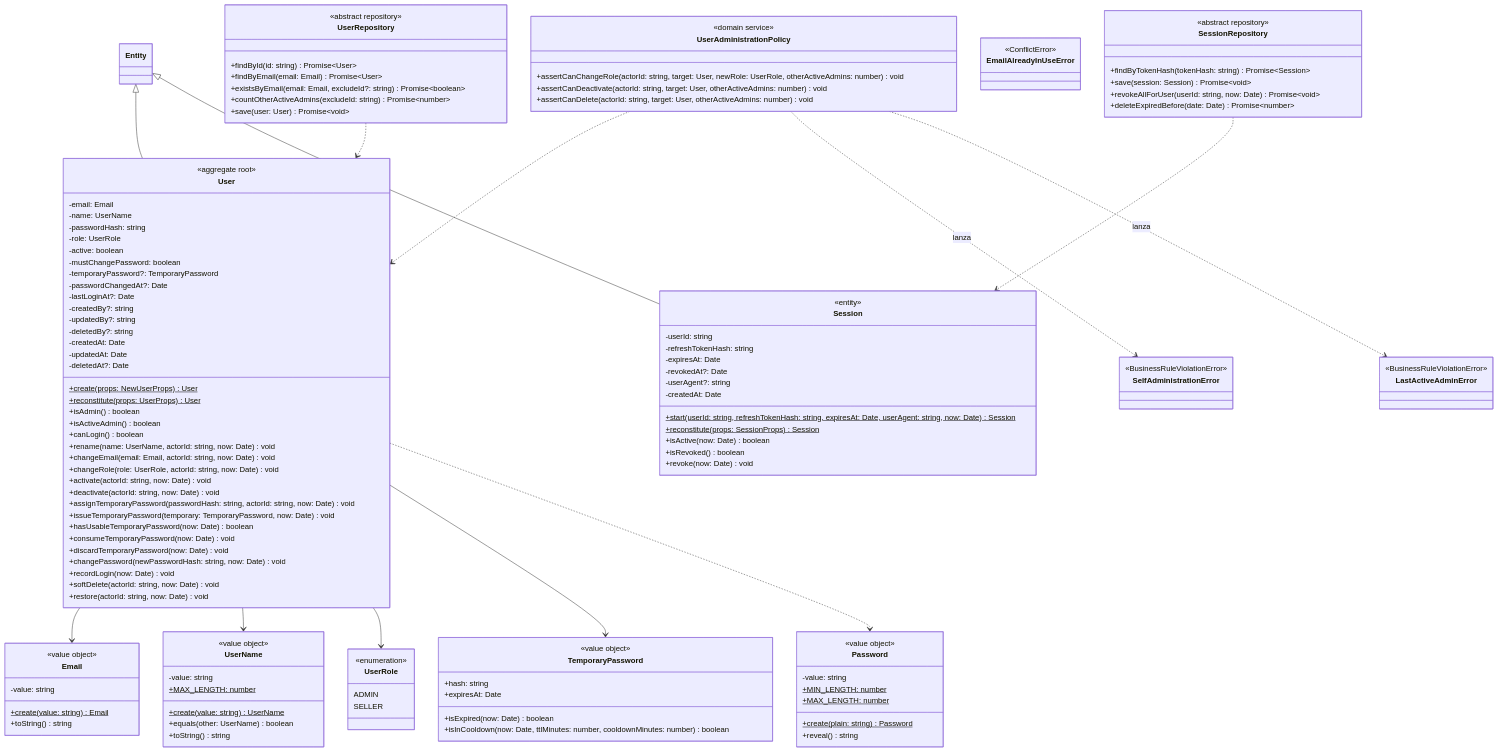
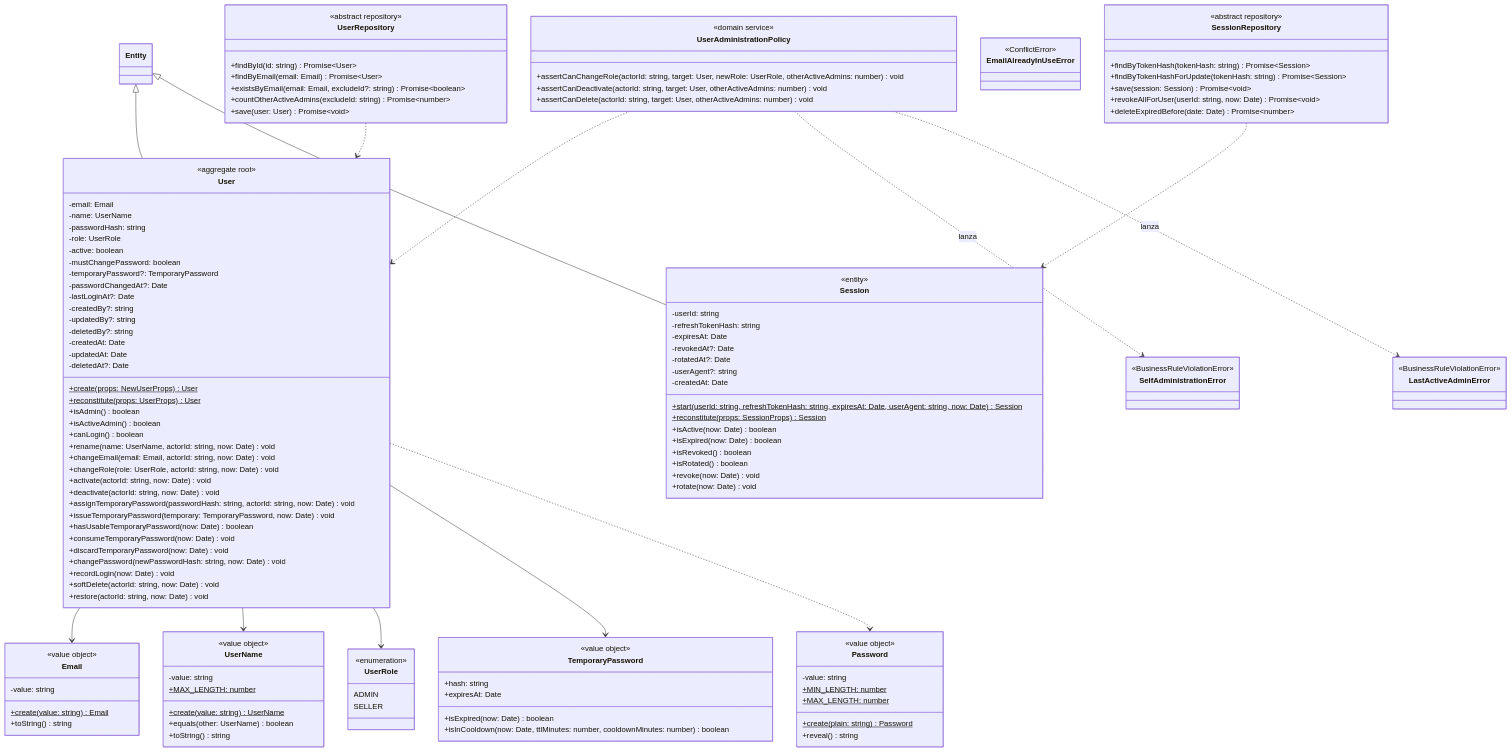
One commit to FrancoGhilardi/TFI-TUP-Ghilardi-Chiaravalloti changed the third of 11 diagrams in backend/docs/Backend.md. Above: the diagram before and after it, drawn with Mermaid. The commit also changed other lines of this file and 31 other files, not shown here.

```diff
--- a/backend/docs/Backend.md
+++ b/backend/docs/Backend.md
@@ -536,13 +536,17 @@
         -refreshTokenHash: string
         -expiresAt: Date
         -revokedAt?: Date
+        -rotatedAt?: Date
         -userAgent?: string
         -createdAt: Date
         +start(userId: string, refreshTokenHash: string, expiresAt: Date, userAgent: string, now: Date)$ Session
         +reconstitute(props: SessionProps)$ Session
         +isActive(now: Date) boolean
+        +isExpired(now: Date) boolean
         +isRevoked() boolean
+        +isRotated() boolean
         +revoke(now: Date) void
+        +rotate(now: Date) void
     }
 
     class UserAdministrationPolicy {
@@ -564,6 +568,7 @@
     class SessionRepository {
         <<abstract repository>>
         +findByTokenHash(tokenHash: string) Promise~Session~
+        +findByTokenHashForUpdate(tokenHash: string) Promise~Session~
         +save(session: Session) Promise~void~
         +revokeAllForUser(userId: string, now: Date) Promise~void~
         +deleteExpiredBefore(date: Date) Promise~number~
```
